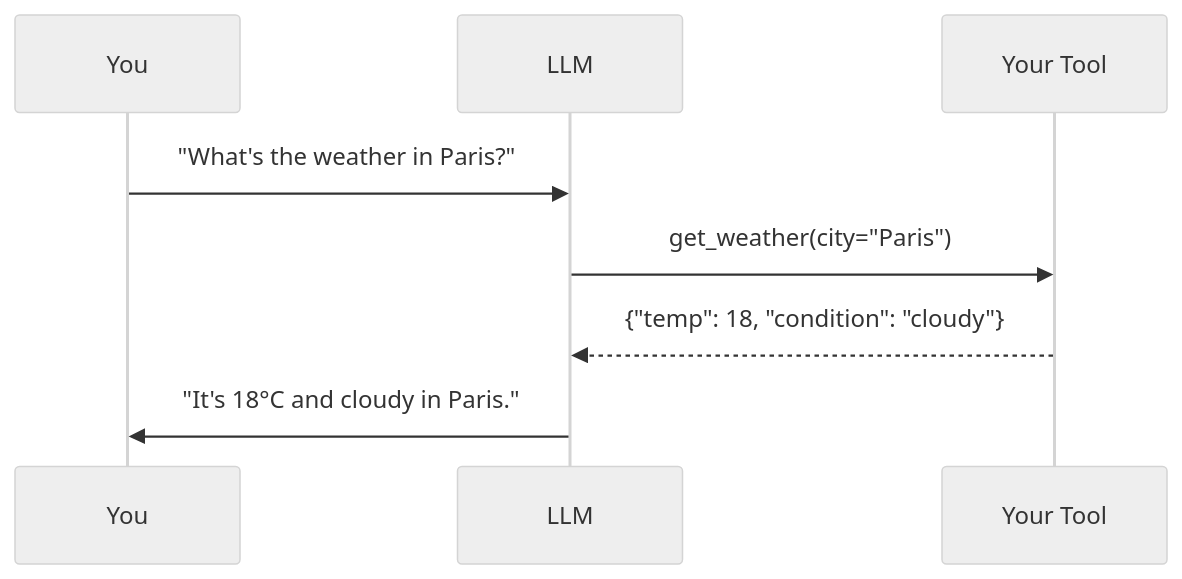
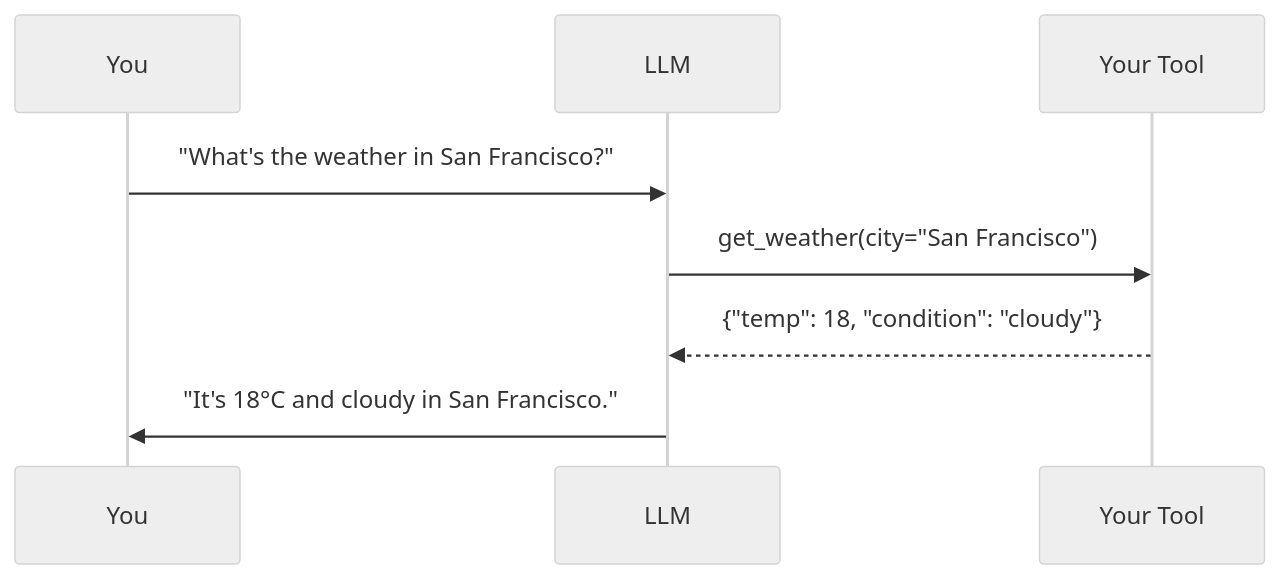
One commit to cpsievert/scipy26-tutorial changed the diagram in slides/02-chatlas.qmd. Above: the diagram before and after it, drawn with Mermaid (neutral theme). The commit also changed other lines of this file and 123 other files, not shown here.

````diff
--- a/slides/02-chatlas.qmd
+++ b/slides/02-chatlas.qmd
@@ -183,12 +220,12 @@
 ```{mermaid}
-%%| fig-width: 8
+%%| fig-width: 15
 sequenceDiagram
     participant U as You
     participant L as LLM
     participant T as Your Tool
 
-    U->>L: "What's the weather in Paris?"
-    L->>T: get_weather(city="Paris")
+    U->>L: "What's the weather in San Francisco?"
+    L->>T: get_weather(city="San Francisco")
     T-->>L: {"temp": 18, "condition": "cloudy"}
-    L->>U: "It's 18°C and cloudy in Paris."
+    L->>U: "It's 18°C and cloudy in San Francisco."
 ```
````
